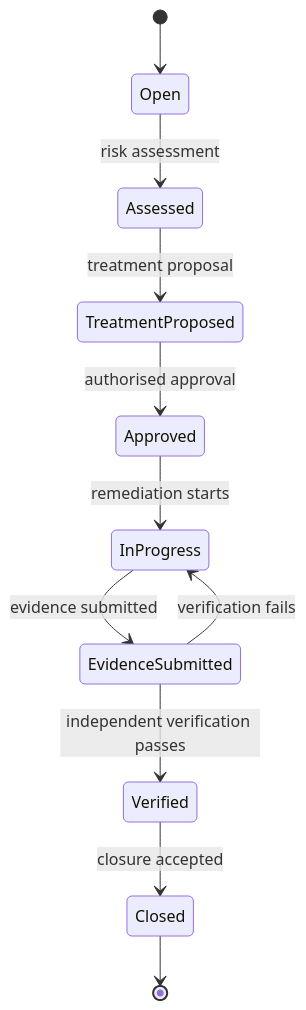
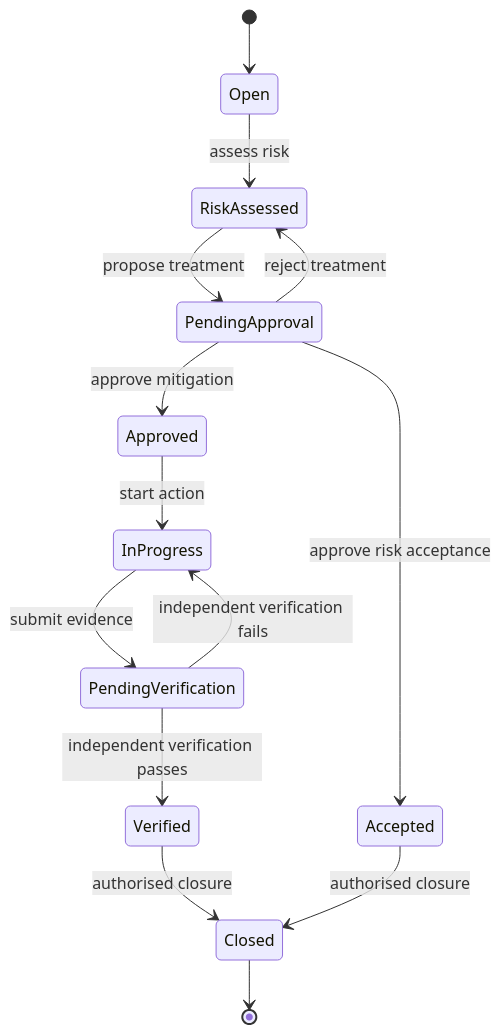
Before and after one commit to SuriyaBoon/SentinelGRC: the second of 2 diagrams in README.md, drawn with Mermaid. The commit also changed other lines of this file, not shown here.

````diff
--- a/README.md
+++ b/README.md
@@ -75,13 +64,16 @@
 ```mermaid
 stateDiagram-v2
     [*] --> Open
-    Open --> Assessed: risk assessment
-    Assessed --> TreatmentProposed: treatment proposal
-    TreatmentProposed --> Approved: authorised approval
-    Approved --> InProgress: remediation starts
-    InProgress --> EvidenceSubmitted: evidence submitted
-    EvidenceSubmitted --> InProgress: verification fails
-    EvidenceSubmitted --> Verified: independent verification passes
-    Verified --> Closed: closure accepted
+    Open --> RiskAssessed: assess risk
+    RiskAssessed --> PendingApproval: propose treatment
+    PendingApproval --> Approved: approve mitigation
+    PendingApproval --> Accepted: approve risk acceptance
+    PendingApproval --> RiskAssessed: reject treatment
+    Approved --> InProgress: start action
+    InProgress --> PendingVerification: submit evidence
+    PendingVerification --> Verified: independent verification passes
+    PendingVerification --> InProgress: independent verification fails
+    Verified --> Closed: authorised closure
+    Accepted --> Closed: authorised closure
     Closed --> [*]
 ```
````
